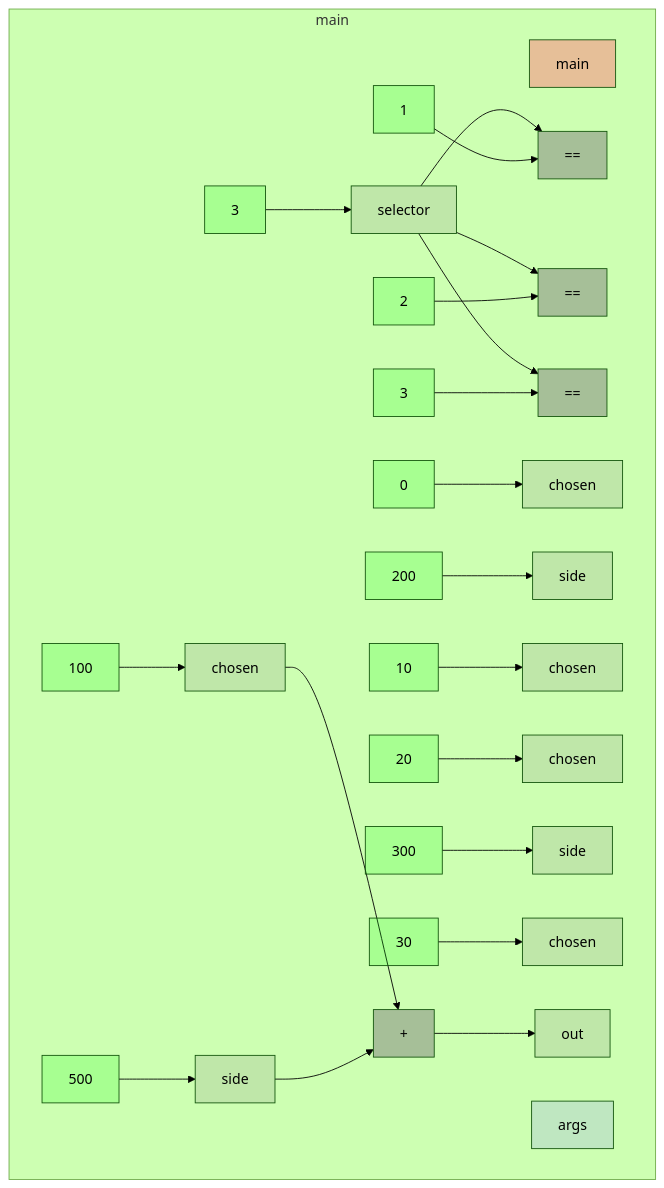
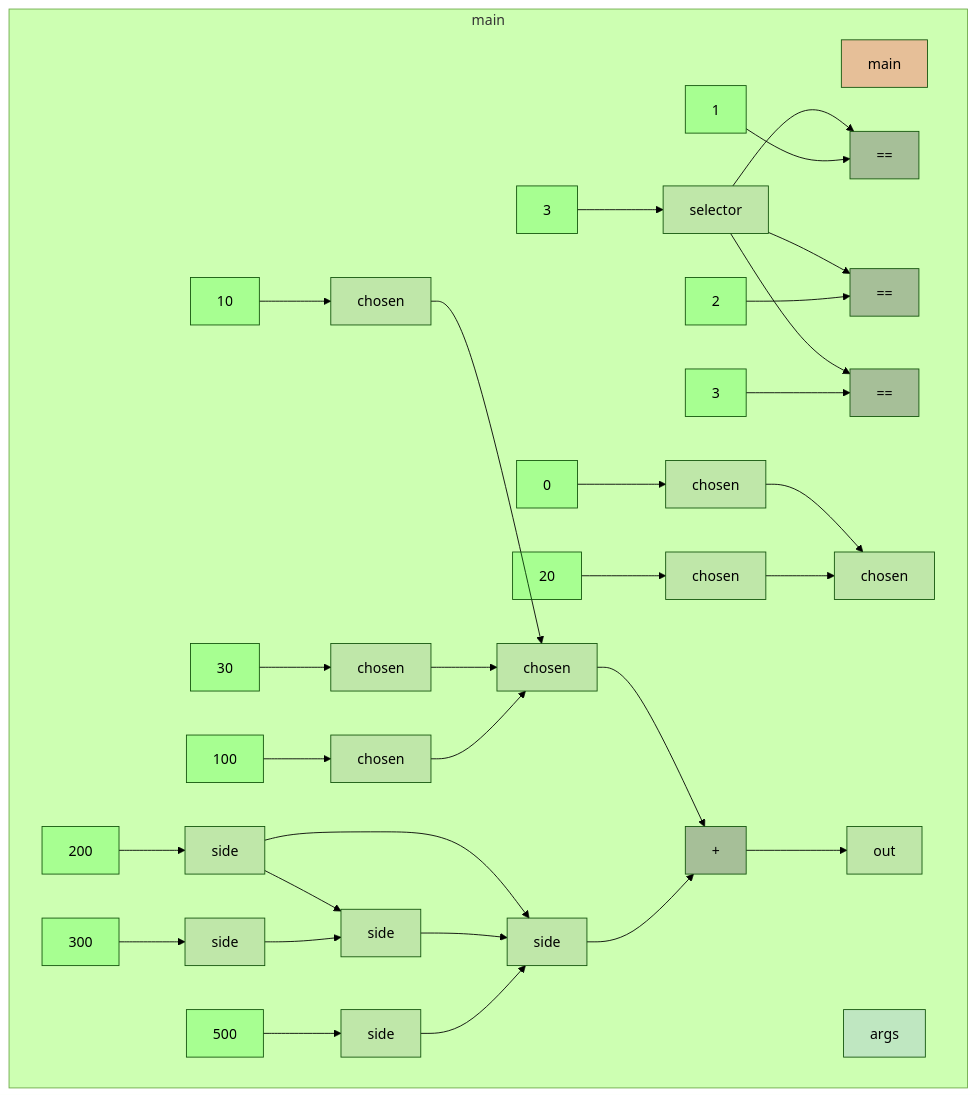
One commit to gstiebler/codeflow changed the diagram in app/src/test/resources/switchStatement/truth.md. Above: the diagram before and after it, drawn with Mermaid (forest theme). The commit also changed 3 other files, not shown here.

First line of the commit message:
Give a `switch` statement one path per arm instead of running them in sequence

````diff
--- a/app/src/test/resources/switchStatement/truth.md
+++ b/app/src/test/resources/switchStatement/truth.md
@@ -1,58 +1,72 @@
 ```mermaid
 flowchart TD
   subgraph b0["main"]
     n1[main]:::RETURN
     n2[args]:::FUNC_PARAM
     n3[3]:::LITERAL
     n4[selector]:::VARIABLE
     n5[0]:::LITERAL
     n6[chosen]:::VARIABLE
     n7[200]:::LITERAL
     n8[side]:::VARIABLE
     n9[1]:::LITERAL
     n10[==]:::BIN_OP
     n11[10]:::LITERAL
     n12[chosen]:::VARIABLE
     n13[2]:::LITERAL
     n14[==]:::BIN_OP
     n15[20]:::LITERAL
     n16[chosen]:::VARIABLE
     n17[300]:::LITERAL
     n18[side]:::VARIABLE
-    n19[3]:::LITERAL
-    n20[==]:::BIN_OP
-    n21[30]:::LITERAL
-    n22[chosen]:::VARIABLE
-    n23[100]:::LITERAL
+    n19[chosen]:::VARIABLE
+    n20[side]:::VARIABLE
+    n21[3]:::LITERAL
+    n22[==]:::BIN_OP
+    n23[30]:::LITERAL
     n24[chosen]:::VARIABLE
-    n25[500]:::LITERAL
-    n26[side]:::VARIABLE
-    n27[+]:::BIN_OP
-    n28[out]:::VARIABLE
+    n25[100]:::LITERAL
+    n26[chosen]:::VARIABLE
+    n27[500]:::LITERAL
+    n28[side]:::VARIABLE
+    n29[chosen]:::VARIABLE
+    n30[side]:::VARIABLE
+    n31[+]:::BIN_OP
+    n32[out]:::VARIABLE
     n3[3]:::LITERAL --> n4[selector]:::VARIABLE
     n4[selector]:::VARIABLE --> n10[==]:::BIN_OP
     n4[selector]:::VARIABLE --> n14[==]:::BIN_OP
-    n4[selector]:::VARIABLE --> n20[==]:::BIN_OP
+    n4[selector]:::VARIABLE --> n22[==]:::BIN_OP
     n5[0]:::LITERAL --> n6[chosen]:::VARIABLE
+    n6[chosen]:::VARIABLE --> n19[chosen]:::VARIABLE
     n7[200]:::LITERAL --> n8[side]:::VARIABLE
+    n8[side]:::VARIABLE --> n20[side]:::VARIABLE
+    n8[side]:::VARIABLE --> n30[side]:::VARIABLE
     n9[1]:::LITERAL --> n10[==]:::BIN_OP
     n11[10]:::LITERAL --> n12[chosen]:::VARIABLE
+    n12[chosen]:::VARIABLE --> n29[chosen]:::VARIABLE
     n13[2]:::LITERAL --> n14[==]:::BIN_OP
     n15[20]:::LITERAL --> n16[chosen]:::VARIABLE
+    n16[chosen]:::VARIABLE --> n19[chosen]:::VARIABLE
     n17[300]:::LITERAL --> n18[side]:::VARIABLE
-    n19[3]:::LITERAL --> n20[==]:::BIN_OP
-    n21[30]:::LITERAL --> n22[chosen]:::VARIABLE
-    n23[100]:::LITERAL --> n24[chosen]:::VARIABLE
-    n24[chosen]:::VARIABLE --> n27[+]:::BIN_OP
-    n25[500]:::LITERAL --> n26[side]:::VARIABLE
-    n26[side]:::VARIABLE --> n27[+]:::BIN_OP
-    n27[+]:::BIN_OP --> n28[out]:::VARIABLE
+    n18[side]:::VARIABLE --> n20[side]:::VARIABLE
+    n20[side]:::VARIABLE --> n30[side]:::VARIABLE
+    n21[3]:::LITERAL --> n22[==]:::BIN_OP
+    n23[30]:::LITERAL --> n24[chosen]:::VARIABLE
+    n24[chosen]:::VARIABLE --> n29[chosen]:::VARIABLE
+    n25[100]:::LITERAL --> n26[chosen]:::VARIABLE
+    n26[chosen]:::VARIABLE --> n29[chosen]:::VARIABLE
+    n27[500]:::LITERAL --> n28[side]:::VARIABLE
+    n28[side]:::VARIABLE --> n30[side]:::VARIABLE
+    n29[chosen]:::VARIABLE --> n31[+]:::BIN_OP
+    n30[side]:::VARIABLE --> n31[+]:::BIN_OP
+    n31[+]:::BIN_OP --> n32[out]:::VARIABLE
   end
   classDef LITERAL fill:#00FF0030
   classDef VARIABLE fill:#80808030
   classDef BIN_OP fill:#80808080
   classDef FUNC_PARAM fill:#8080FF30
   classDef RETURN fill:#FF808080
   classDef EXTERNAL fill:#FFA50040
   classDef UNMODELLED fill:#FF000030,stroke-dasharray: 4 2
 ```
````
